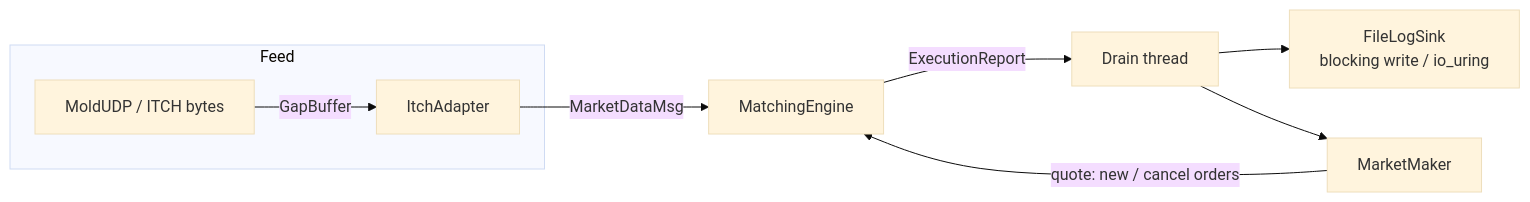
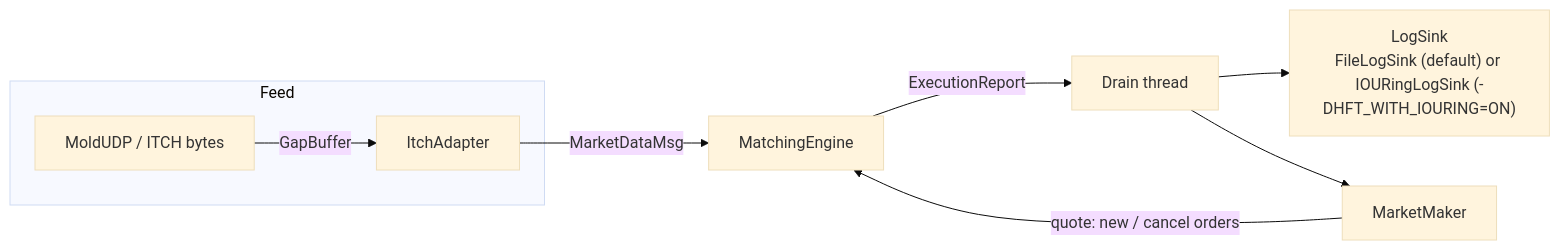
One commit to nisgemML/tick-to-trade changed the diagram in README.md. Above: the diagram before and after it, drawn with Mermaid (base theme). The commit also changed other lines of this file and 7 other files, not shown here.

First line of the commit message:
Wire io_uring into the pipeline for real (HFT_WITH_IOURING)

````diff
--- a/README.md
+++ b/README.md
@@ -21,11 +21,11 @@
 ```mermaid
 flowchart LR
     subgraph Feed
         A[MoldUDP / ITCH bytes] -->|GapBuffer| B[ItchAdapter]
     end
     B -->|MarketDataMsg| C[MatchingEngine]
     C -->|ExecutionReport| D[Drain thread]
-    D --> E[FileLogSink<br/>blocking write / io_uring]
+    D --> E["LogSink<br/>FileLogSink (default) or IOURingLogSink (-DHFT_WITH_IOURING=ON)"]
     D --> F[MarketMaker]
     F -->|quote: new / cancel orders| C
 ```
````
